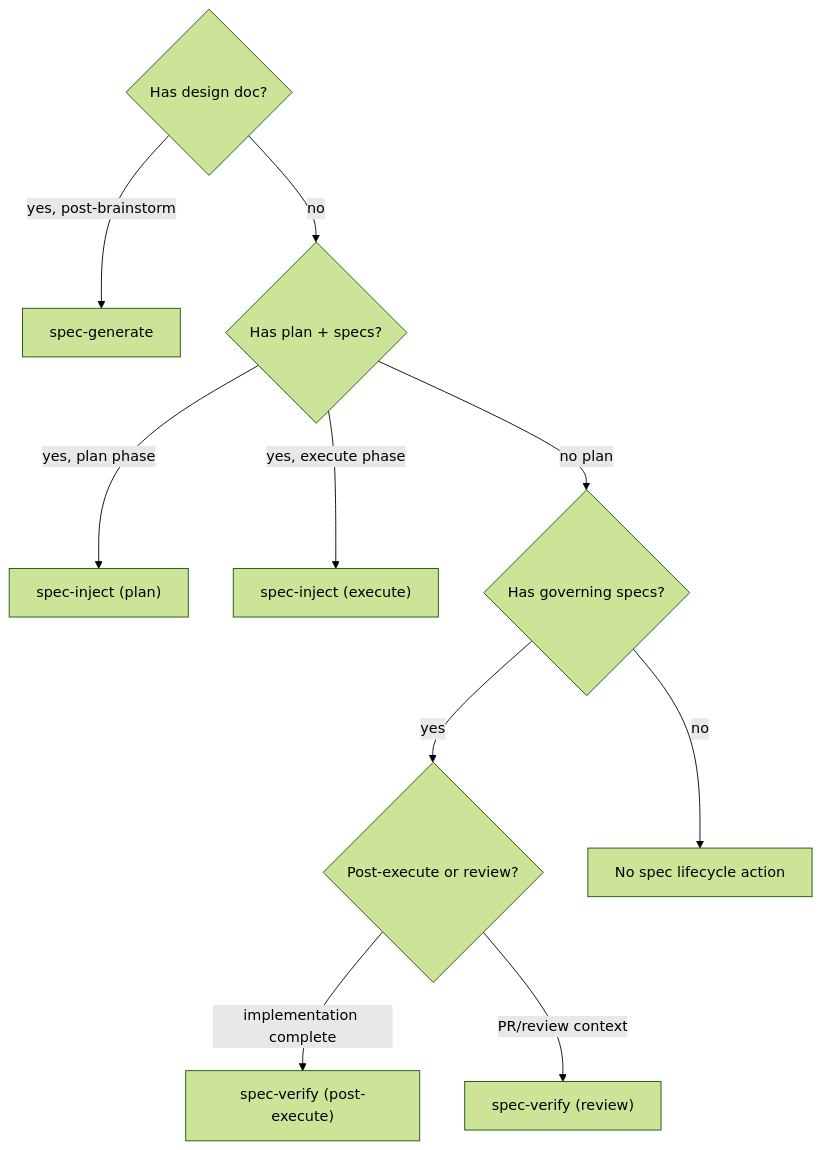
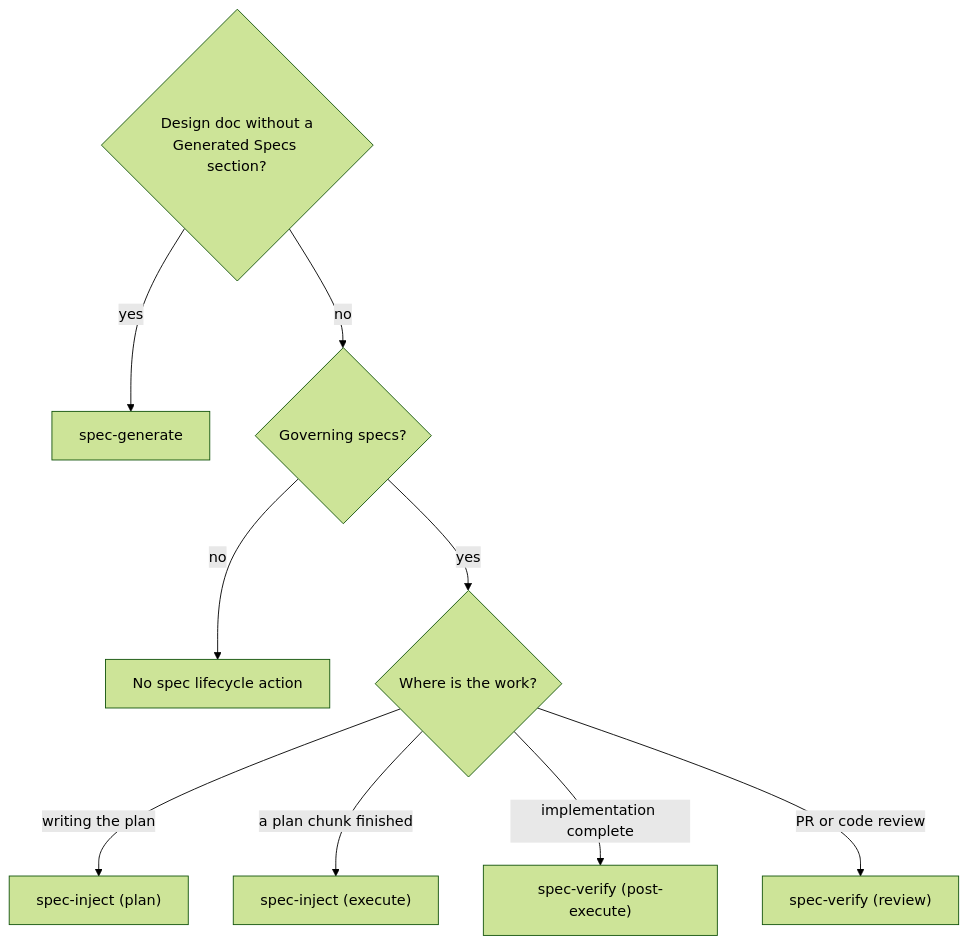
One commit to woodrowpearson/doc-superpowers changed the second of 3 diagrams in skills/doc-superpowers/SKILL.md. Above: the diagram before and after it, drawn with Mermaid (forest theme). The commit also changed other lines of this file and 30 other files, not shown here.

````diff
--- a/skills/doc-superpowers/SKILL.md
+++ b/skills/doc-superpowers/SKILL.md
@@ -62,12 +69,11 @@
 ```mermaid
 flowchart TD
-    A{Has design doc?} -->|yes, post-brainstorm| B[spec-generate]
-    A -->|no| C{Has plan + specs?}
-    C -->|yes, plan phase| D["spec-inject (plan)"]
-    C -->|yes, execute phase| E["spec-inject (execute)"]
-    C -->|no plan| F{Has governing specs?}
-    F -->|yes| G{Post-execute or review?}
-    F -->|no| H[No spec lifecycle action]
-    G -->|implementation complete| I["spec-verify (post-execute)"]
-    G -->|PR/review context| J["spec-verify (review)"]
+    A{Design doc without a<br>Generated Specs section?} -->|yes| B[spec-generate]
+    A -->|no| C{Governing specs?}
+    C -->|no| H[No spec lifecycle action]
+    C -->|yes| D{Where is the work?}
+    D -->|writing the plan| E["spec-inject (plan)"]
+    D -->|a plan chunk finished| F["spec-inject (execute)"]
+    D -->|implementation complete| I["spec-verify (post-execute)"]
+    D -->|PR or code review| J["spec-verify (review)"]
 ```
````
